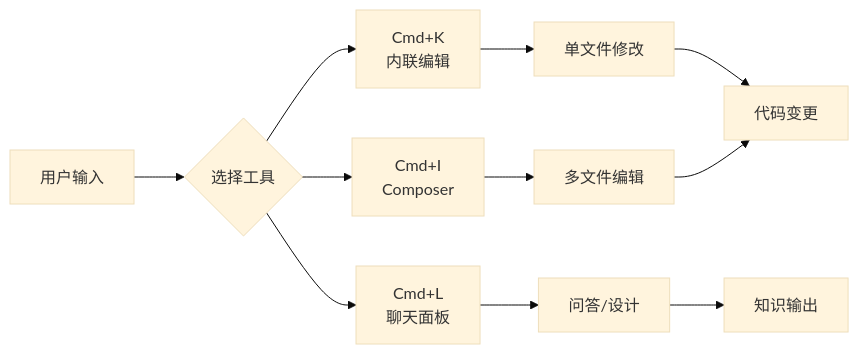
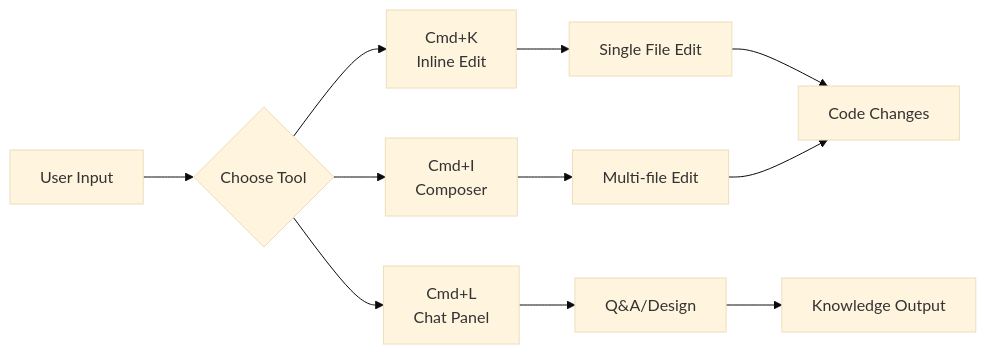
The first of 9 diagrams in 01-shortcuts/README.md (DDR187/cursor-howto), drawn with Mermaid (base theme) before and after one commit. The commit also changed other lines of this file and 22 other files, not shown here.

````diff
--- a/01-shortcuts/README.md
+++ b/01-shortcuts/README.md
@@ -26,15 +26,15 @@
 ```mermaid
 flowchart LR
-    A[用户输入] --> B{选择工具}
-    B --> C[Cmd+K<br/>内联编辑]
-    B --> D[Cmd+L<br/>聊天面板]
+    A[User Input] --> B{Choose Tool}
+    B --> C[Cmd+K<br/>Inline Edit]
+    B --> D[Cmd+L<br/>Chat Panel]
     B --> E[Cmd+I<br/>Composer]
     
-    C --> F[单文件修改]
-    D --> G[问答/设计]
-    E --> H[多文件编辑]
+    C --> F[Single File Edit]
+    D --> G[Q&A/Design]
+    E --> H[Multi-file Edit]
     
-    F --> I[代码变更]
-    G --> J[知识输出]
+    F --> I[Code Changes]
+    G --> J[Knowledge Output]
     H --> I
 ```
````
